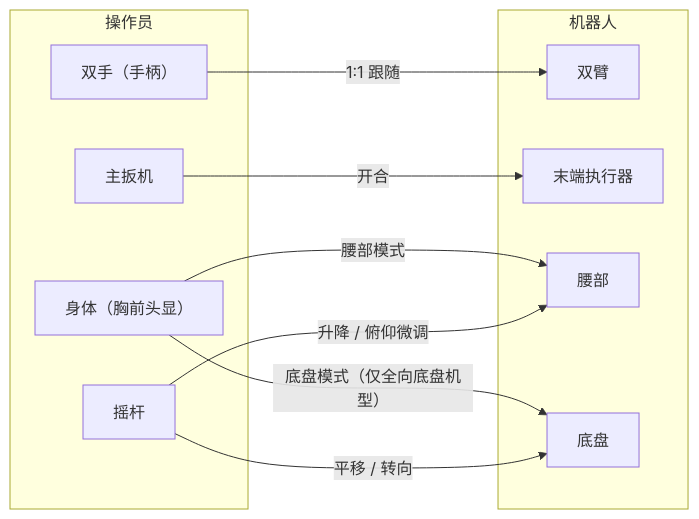
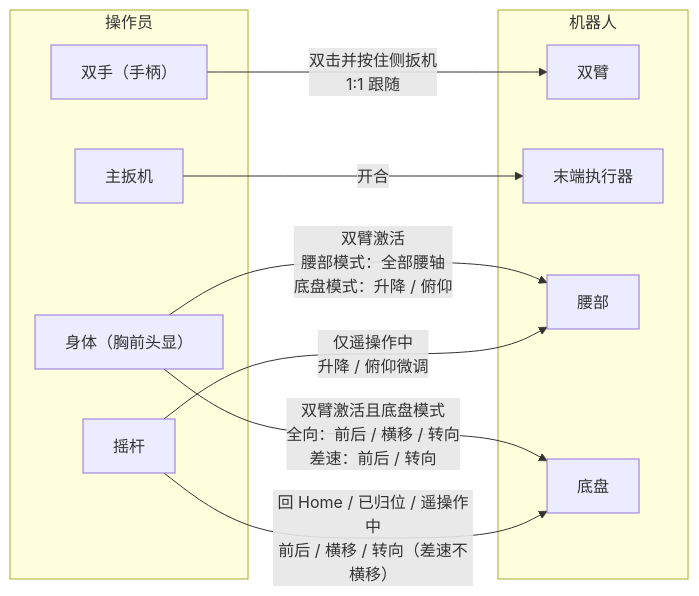
One commit to AgilexOpensource/lookie_ros changed the first of 3 diagrams in lookie_teleop/docs/vr_teleop_quickstart.zh-CN.md. Above: the diagram before and after it, drawn with Mermaid. The commit also changed other lines of this file and 23 other files, not shown here.

````diff
--- a/lookie_teleop/docs/vr_teleop_quickstart.zh-CN.md
+++ b/lookie_teleop/docs/vr_teleop_quickstart.zh-CN.md
@@ -16,21 +16,21 @@
 ```mermaid
 flowchart LR
     subgraph 操作员
         A["双手（手柄）"]
         B["身体（胸前头显）"]
         C["摇杆"]
         T["主扳机"]
     end
     subgraph 机器人
         D[双臂]
         G[末端执行器]
         E[腰部]
         F[底盘]
     end
-    A -- 1:1 跟随 --> D
+    A -- "双击并按住侧扳机<br/>1:1 跟随" --> D
     T -- 开合 --> G
-    B -- 腰部模式 --> E
-    B -- "底盘模式（仅全向底盘机型）" --> F
-    C -- 平移 / 转向 --> F
-    C -- 升降 / 俯仰微调 --> E
+    B -- "双臂激活<br/>腰部模式：全部腰轴<br/>底盘模式：升降 / 俯仰" --> E
+    B -- "双臂激活且底盘模式<br/>全向：前后 / 横移 / 转向<br/>差速：前后 / 转向" --> F
+    C -- "回 Home / 已归位 / 遥操作中<br/>前后 / 横移 / 转向（差速不横移）" --> F
+    C -- "仅遥操作中<br/>升降 / 俯仰微调" --> E
 ```
````
